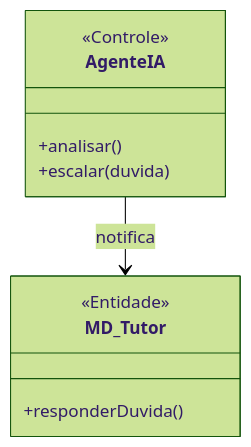
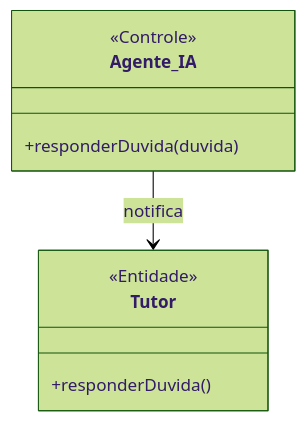
Before and after one commit to MayconDIS/PIM_III-Documentacao_UML: diagram 13 of 30 in 01_Relatorios_e_Dashboard/DASHBOARD_VISUAL.md, drawn with Mermaid (forest theme). The commit also changed other lines of this file and 234 other files, not shown here.

````diff
--- a/01_Relatorios_e_Dashboard/DASHBOARD_VISUAL.md
+++ b/01_Relatorios_e_Dashboard/DASHBOARD_VISUAL.md
@@ -267,13 +264,12 @@
 ```mermaid
 classDiagram
-    class AgenteIA {
+    class Agente_IA {
         <<Controle>>
-        +analisar()
-        +escalar(duvida)
+        +responderDuvida(duvida)
     }
-    class MD_Tutor {
+    class Tutor {
         <<Entidade>>
         +responderDuvida()
     }
-    AgenteIA --> MD_Tutor : notifica
+    Agente_IA --> Tutor : notifica
 ```
````
